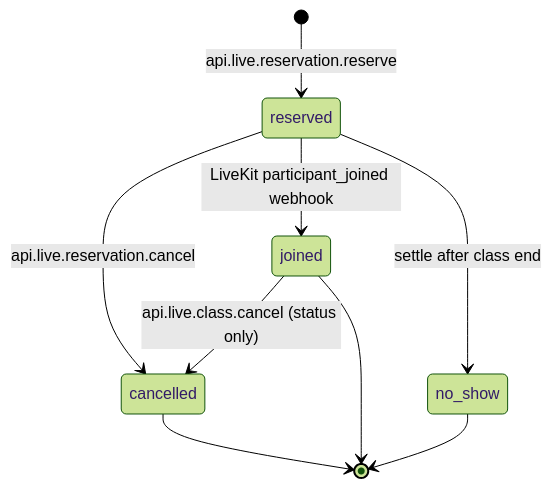
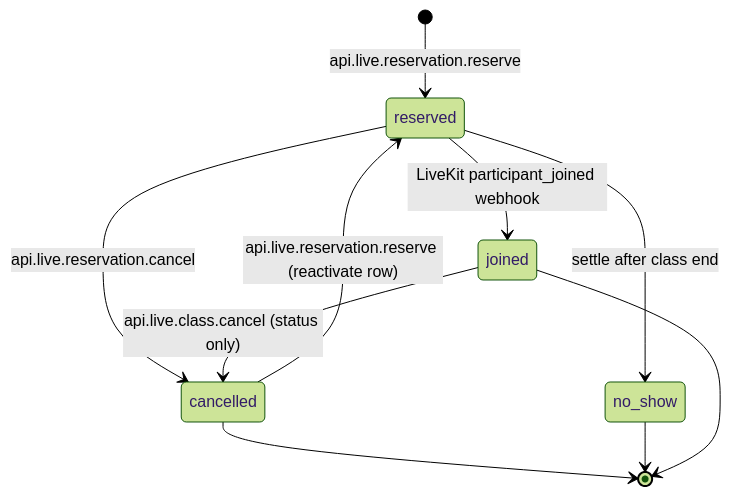
The diagram in docs/live-reservations-lifecycle.md (DerpcatMusic/anatome), drawn with Mermaid (forest theme) before and after one commit. The commit also changed other lines of this file and 145 other files, not shown here.

````diff
--- a/docs/live-reservations-lifecycle.md
+++ b/docs/live-reservations-lifecycle.md
@@ -28,11 +28,12 @@
 ```mermaid
 stateDiagram-v2
   [*] --> reserved: api.live.reservation.reserve
   reserved --> cancelled: api.live.reservation.cancel
+  cancelled --> reserved: api.live.reservation.reserve (reactivate row)
   reserved --> joined: LiveKit participant_joined webhook
   reserved --> no_show: settle after class end
   joined --> cancelled: api.live.class.cancel (status only)
   cancelled --> [*]
   no_show --> [*]
   joined --> [*]
 ```
````
